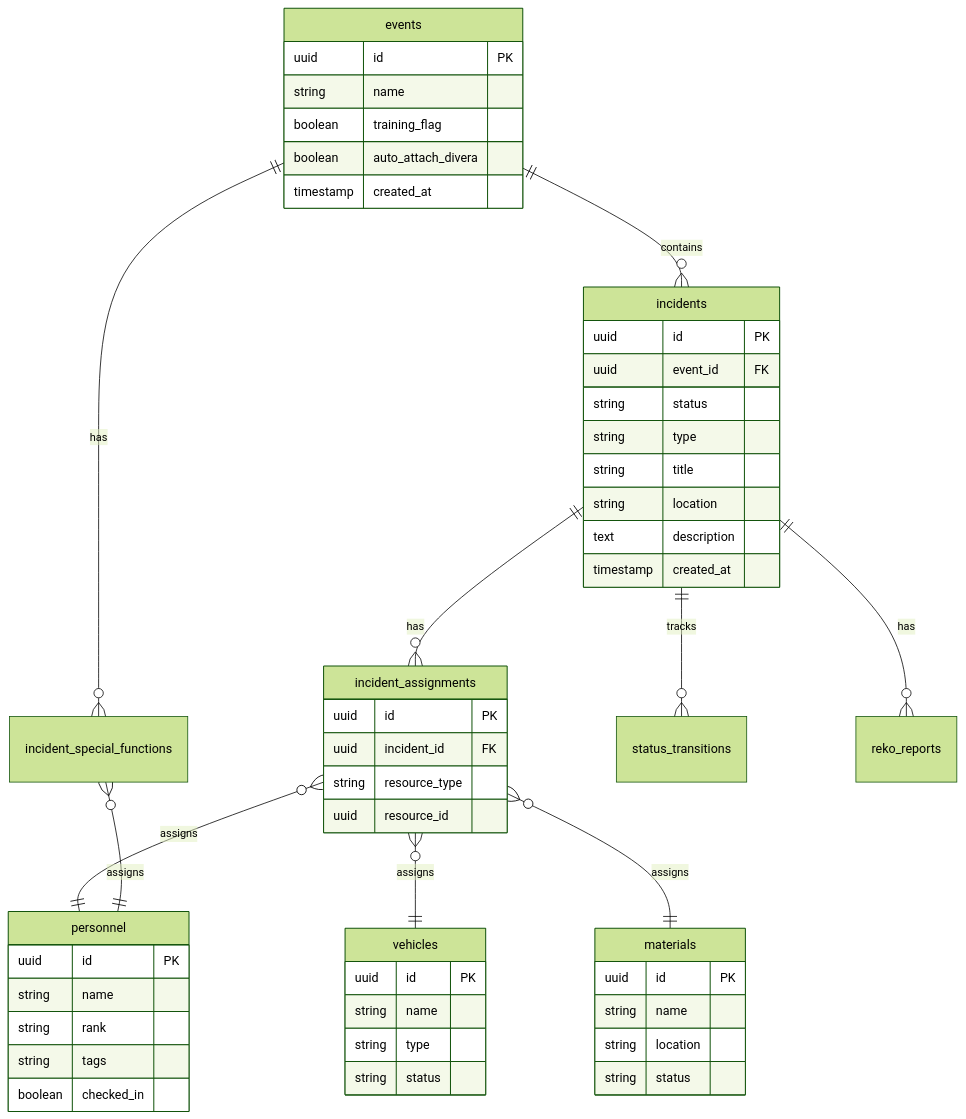
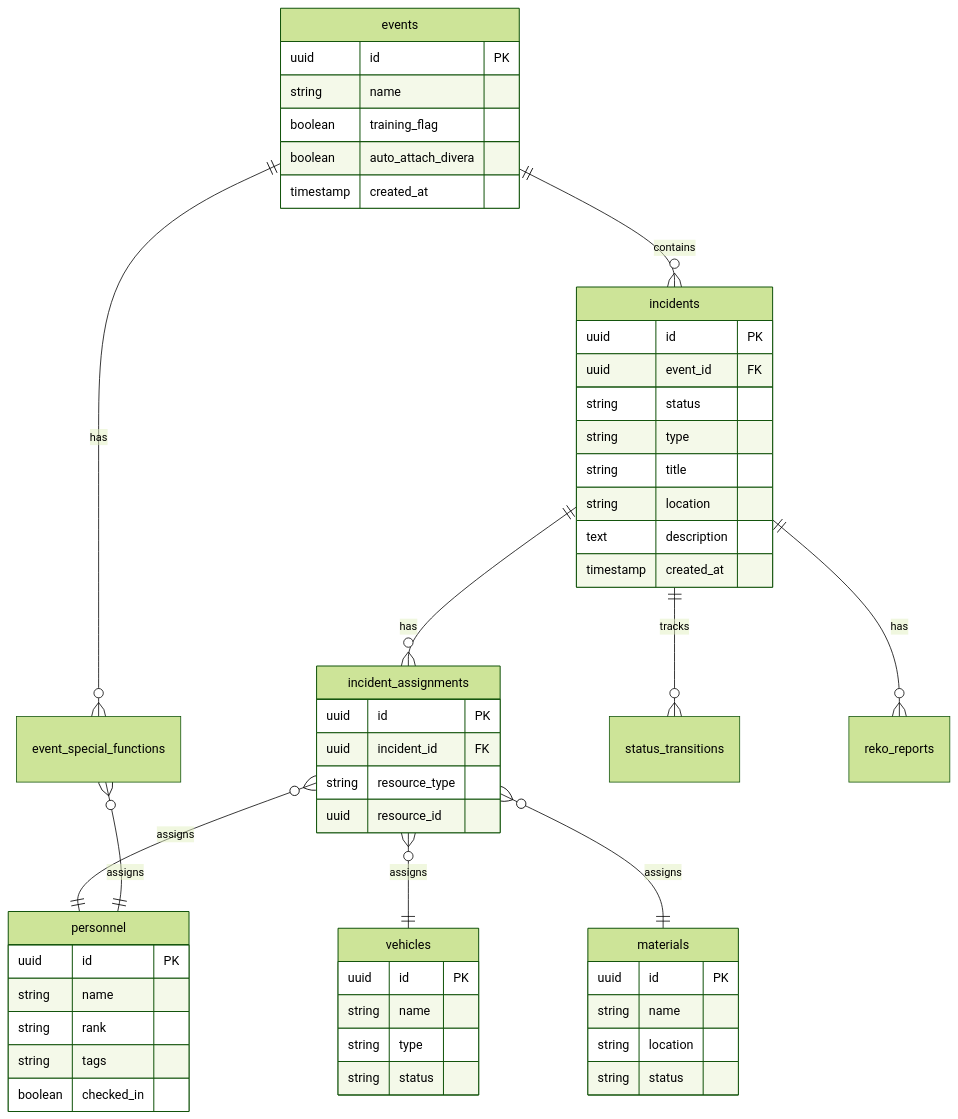
One commit to feuerwehr-oberwil/kp-rueck changed the second of 10 diagrams in docs/ARCHITECTURE.md. Above: the diagram before and after it, drawn with Mermaid (forest theme). The commit also changed other lines of this file and 19 other files, not shown here.

````diff
--- a/docs/ARCHITECTURE.md
+++ b/docs/ARCHITECTURE.md
@@ -108,55 +108,55 @@
 ```mermaid
 erDiagram
     events ||--o{ incidents : contains
-    events ||--o{ incident_special_functions : has
+    events ||--o{ event_special_functions : has
     incidents ||--o{ incident_assignments : has
     incidents ||--o{ status_transitions : tracks
     incidents ||--o{ reko_reports : has
     incident_assignments }o--|| personnel : assigns
     incident_assignments }o--|| vehicles : assigns
     incident_assignments }o--|| materials : assigns
-    incident_special_functions }o--|| personnel : assigns
+    event_special_functions }o--|| personnel : assigns
 
     events {
         uuid id PK
         string name
         boolean training_flag
         boolean auto_attach_divera
         timestamp created_at
     }
     incidents {
         uuid id PK
         uuid event_id FK
         string status
         string type
         string title
         string location
         text description
         timestamp created_at
     }
     personnel {
         uuid id PK
         string name
         string rank
         string tags
         boolean checked_in
     }
     vehicles {
         uuid id PK
         string name
         string type
         string status
     }
     materials {
         uuid id PK
         string name
         string location
         string status
     }
     incident_assignments {
         uuid id PK
         uuid incident_id FK
         string resource_type
         uuid resource_id
     }
 ```
````
